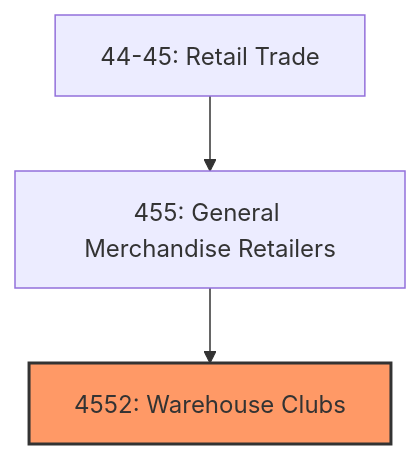
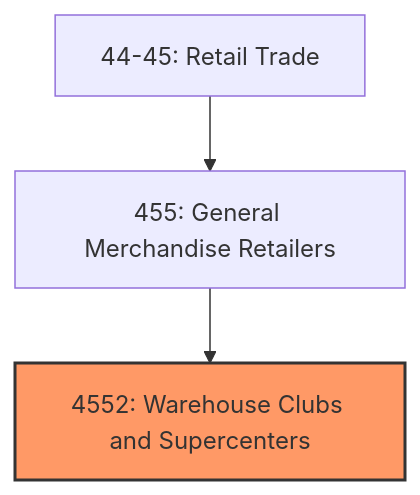
One commit to kziemski/business.org.ai changed the first of 4 diagrams in industries/Retail/GeneralMerchandiseRetailers/WarehouseClubs.mdx. Above: the diagram before and after it, drawn with Mermaid. The commit also changed other lines of this file and 19 other files, not shown here.

First line of the commit message:
feat: enrich industry files and add sequence diagrams to processes

````diff
--- a/industries/Retail/GeneralMerchandiseRetailers/WarehouseClubs.mdx
+++ b/industries/Retail/GeneralMerchandiseRetailers/WarehouseClubs.mdx
@@ -20,7 +24,7 @@
 ```mermaid
 graph TD
     S44-45["44-45: Retail Trade"]
     S44-45 --> N455["455: General Merchandise Retailers"]
-    N455 --> N4552["4552: Warehouse Clubs"]
+    N455 --> N4552["4552: Warehouse Clubs and Supercenters"]
     style N4552 fill:#f96,stroke:#333,stroke-width:2px
 ```
````
